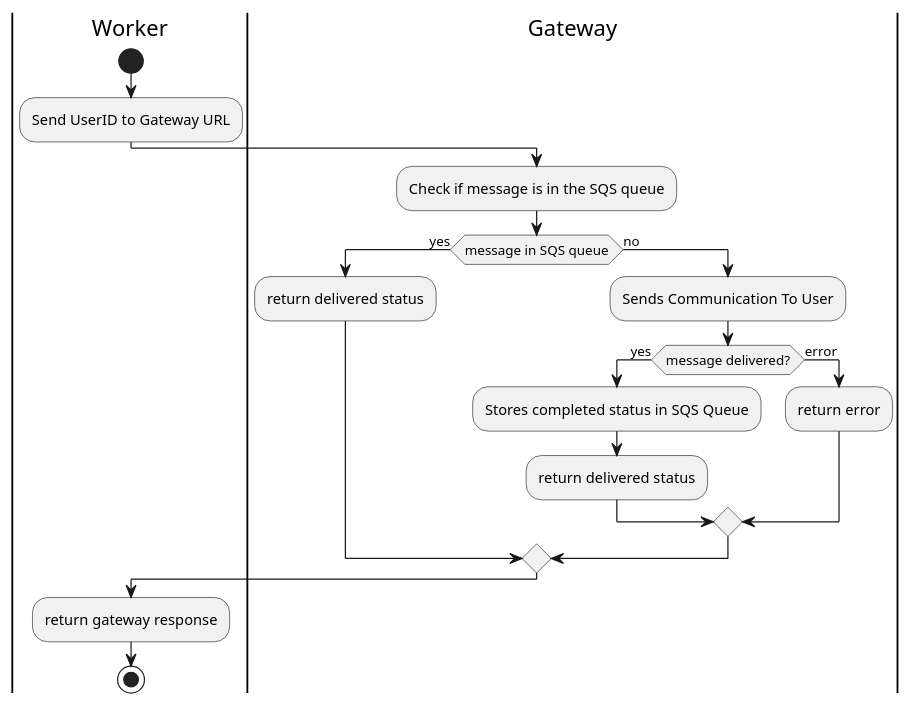
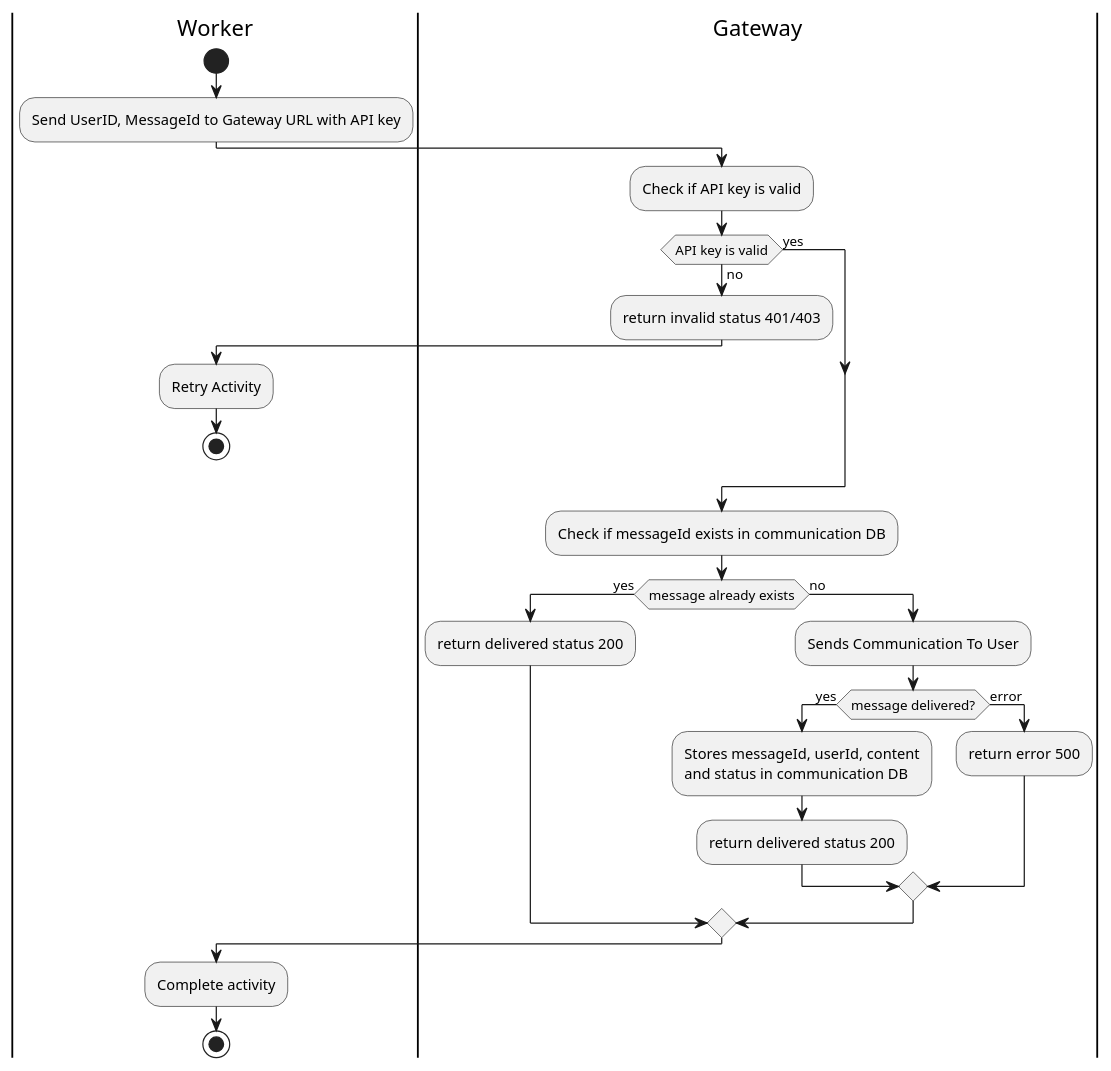
The diagram in Designs/Activity Diagrams/SendMessageToGatewayActivity.puml (CameronWard301/communication_scheduler), drawn with PlantUML before and after one commit. The commit also changed 5 other files, not shown here.

```diff
--- a/Designs/Activity Diagrams/SendMessageToGatewayActivity.puml
+++ b/Designs/Activity Diagrams/SendMessageToGatewayActivity.puml
@@ -1,28 +1,41 @@
 @startuml Send Message To Gateway Activity;
 |Worker|
 
 start
 
-:Send UserID to Gateway URL;
+:Send UserID, MessageId to Gateway URL with API key;
 
 |Gateway|
 
-:Check if message is in the SQS queue;
-if (message in SQS queue) is (yes) then
-:return delivered status;
+:Check if API key is valid;
+if (API key is valid) is (no) then
+:return invalid status 401/403;
+|Worker|
+:Retry Activity;
+stop
+else (yes)
+
+endif
+
+|Gateway|
+
+:Check if messageId exists in communication DB;
+if (message already exists) is (yes) then
+:return delivered status 200;
 else (no)
 
 :Sends Communication To User;
 
     if (message delivered?) is (yes) then
-    :Stores completed status in SQS Queue;
-    :return delivered status;
+    :Stores messageId, userId, content
+    and status in communication DB;
+    :return delivered status 200;
     else (error)
-    :return error;
+    :return error 500;
     endif
 
 endif
 |Worker|
-:return gateway response;
+:Complete activity;
 stop
 @enduml
```
